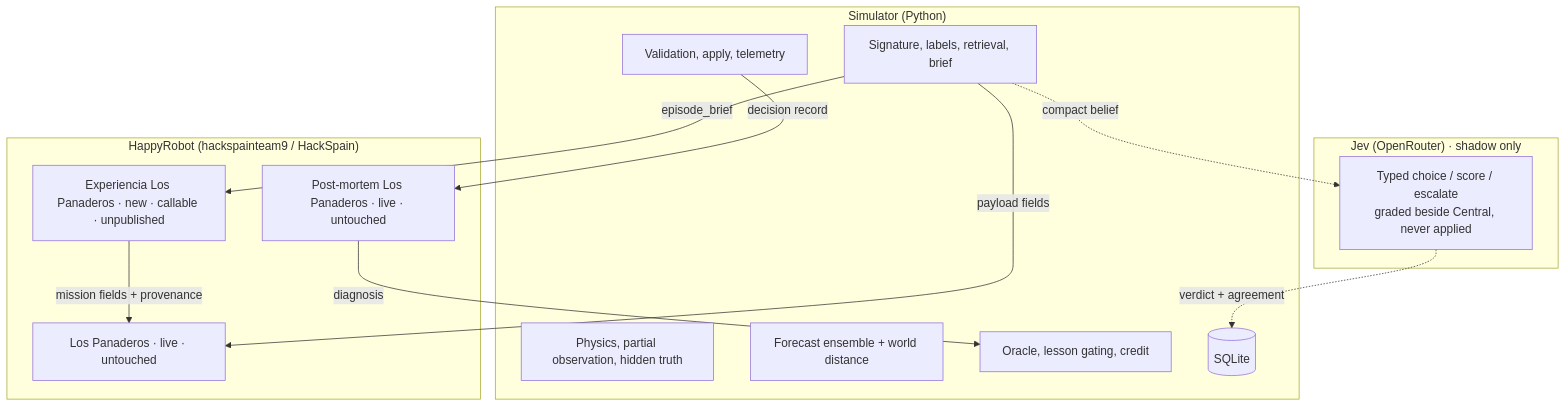
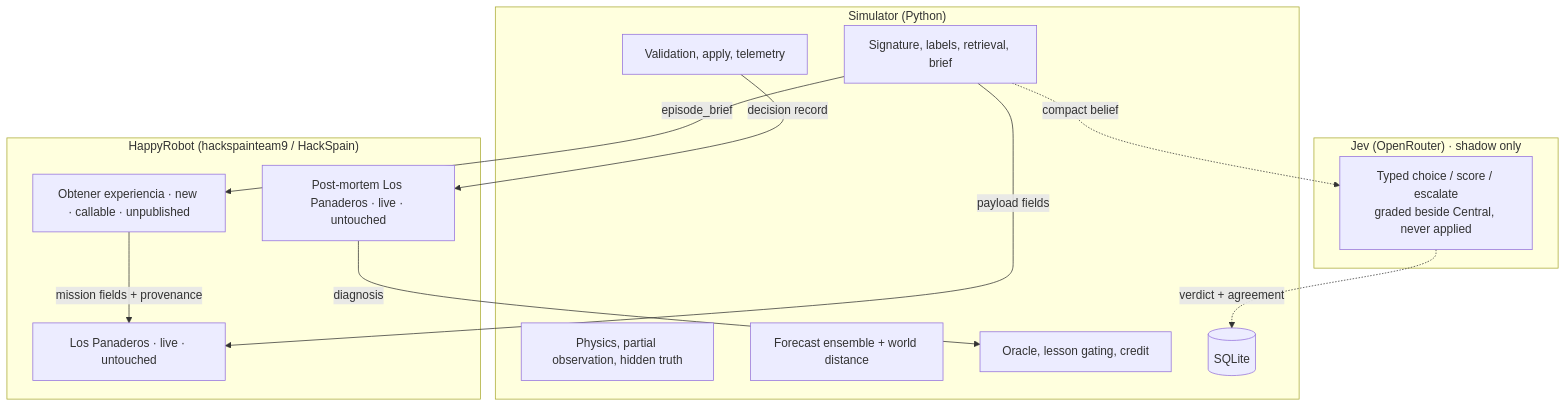
One commit to jucamohedano/Los_Panaderos changed the second of 6 diagrams in docs/self-healing-loop.md. Above: the diagram before and after it, drawn with Mermaid. The commit also changed other lines of this file and 4 other files, not shown here.

Commit message:
Rename the callable HappyRobot workflow to Obtener experiencia

````diff
--- a/docs/self-healing-loop.md
+++ b/docs/self-healing-loop.md
@@ -44,26 +44,26 @@
 ```mermaid
 flowchart TB
   subgraph sim["Simulator (Python)"]
     s1[Physics, partial observation, hidden truth]
     s2[Forecast ensemble + world distance]
     s3[Signature, labels, retrieval, brief]
     s4[Validation, apply, telemetry]
     s5[Oracle, lesson gating, credit]
     s6[(SQLite)]
   end
   subgraph hr["HappyRobot (hackspainteam9 / HackSpain)"]
     h1[Los Panaderos · live · untouched]
     h2[Post-mortem Los Panaderos · live · untouched]
-    h3[Experiencia Los Panaderos · new · callable · unpublished]
+    h3[Obtener experiencia · new · callable · unpublished]
   end
   subgraph jev["Jev (OpenRouter) · shadow only"]
     j1[Typed choice / score / escalate<br/>graded beside Central, never applied]
   end
   s3 -->|payload fields| h1
   s3 -->|episode_brief| h3
   h3 -->|mission fields + provenance| h1
   s4 -->|decision record| h2
   h2 -->|diagnosis| s5
   s3 -.compact belief.-> j1
   j1 -.verdict + agreement.-> s6
 ```
````
